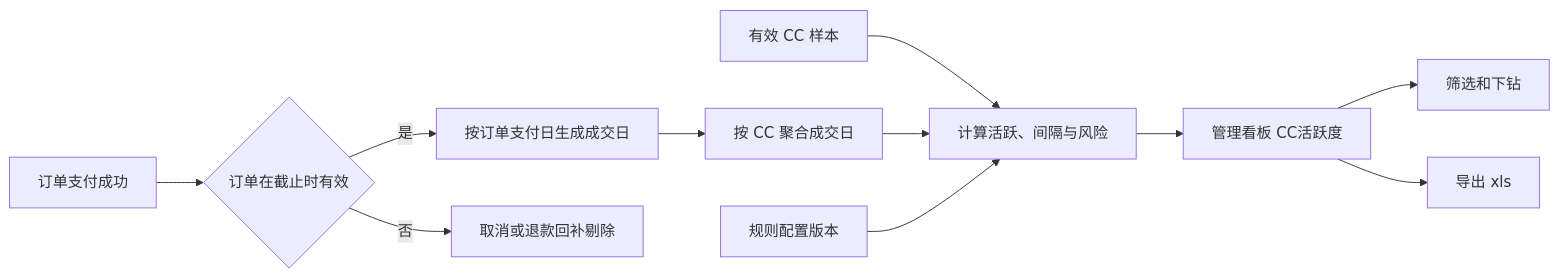
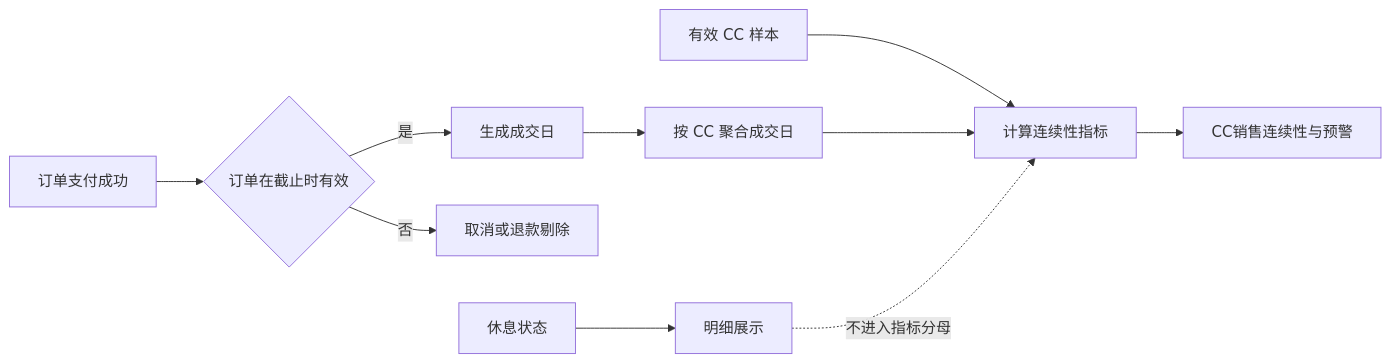
The diagram in projects/cc-activity-dashboard/prd/PRD.md (h3-ai-lab/hhhprd), drawn with Mermaid before and after one commit. The commit also changed other lines of this file and 5 other files, not shown here.

````diff
--- a/projects/cc-activity-dashboard/prd/PRD.md
+++ b/projects/cc-activity-dashboard/prd/PRD.md
@@ -69,13 +73,12 @@
 ```mermaid
 flowchart LR
     A[订单支付成功] --> B{订单在截止时有效}
-    B -- 是 --> C[按订单支付日生成成交日]
-    B -- 否 --> D[取消或退款回补剔除]
+    B -- 是 --> C[生成成交日]
+    B -- 否 --> D[取消或退款剔除]
     C --> E[按 CC 聚合成交日]
-    U[有效 CC 样本] --> F[计算活跃、间隔与风险]
+    U[有效 CC 样本] --> F[计算连续性指标]
     E --> F
-    F --> G[管理看板 CC活跃度]
-    G --> H[筛选和下钻]
-    G --> I[导出 xls]
-    R[规则配置版本] --> F
+    F --> G[CC销售连续性与预警]
+    R[休息状态] --> H[明细展示]
+    H -. 不进入指标分母 .-> F
 ```
````
